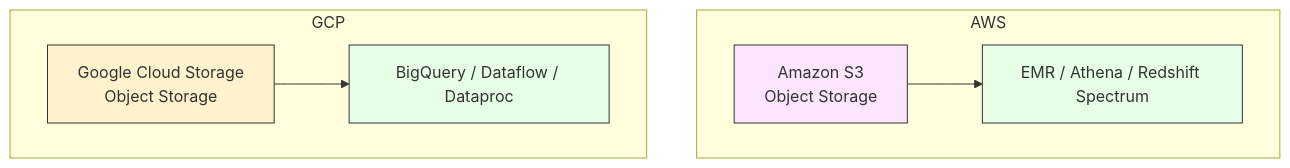
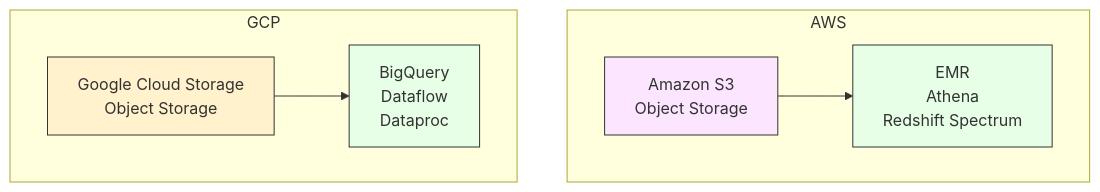
The first of 14 diagrams in README.md (blaire101/DE2-AWS-Azure-GCP-2025), drawn with Mermaid before and after one commit.

````diff
--- a/README.md
+++ b/README.md
@@ -1,19 +1,19 @@
 ```mermaid
 flowchart TB
     subgraph AWS
-        S3[Amazon S3<br/>Object Storage] --> EMR[EMR / Athena / Redshift Spectrum]
+        S3[Amazon S3<br/>Object Storage] --> EMR[EMR <br> Athena <br> Redshift Spectrum]
     end
 
     subgraph GCP
-        GCS[Google Cloud Storage<br/>Object Storage] --> BQ[BigQuery / Dataflow / Dataproc]
+        GCS[Google Cloud Storage<br/>Object Storage] --> BQ[BigQuery <br> Dataflow <br> Dataproc]
     end
 
     classDef aws fill:#fce5ff,stroke:#333,stroke-width:1px;
     classDef gcp fill:#fff2cc,stroke:#333,stroke-width:1px;
     classDef engine fill:#e6ffe6,stroke:#333,stroke-width:1px;
 
     class S3 aws;
     class GCS gcp;
     class EMR engine;
     class BQ engine;
 ```
````
